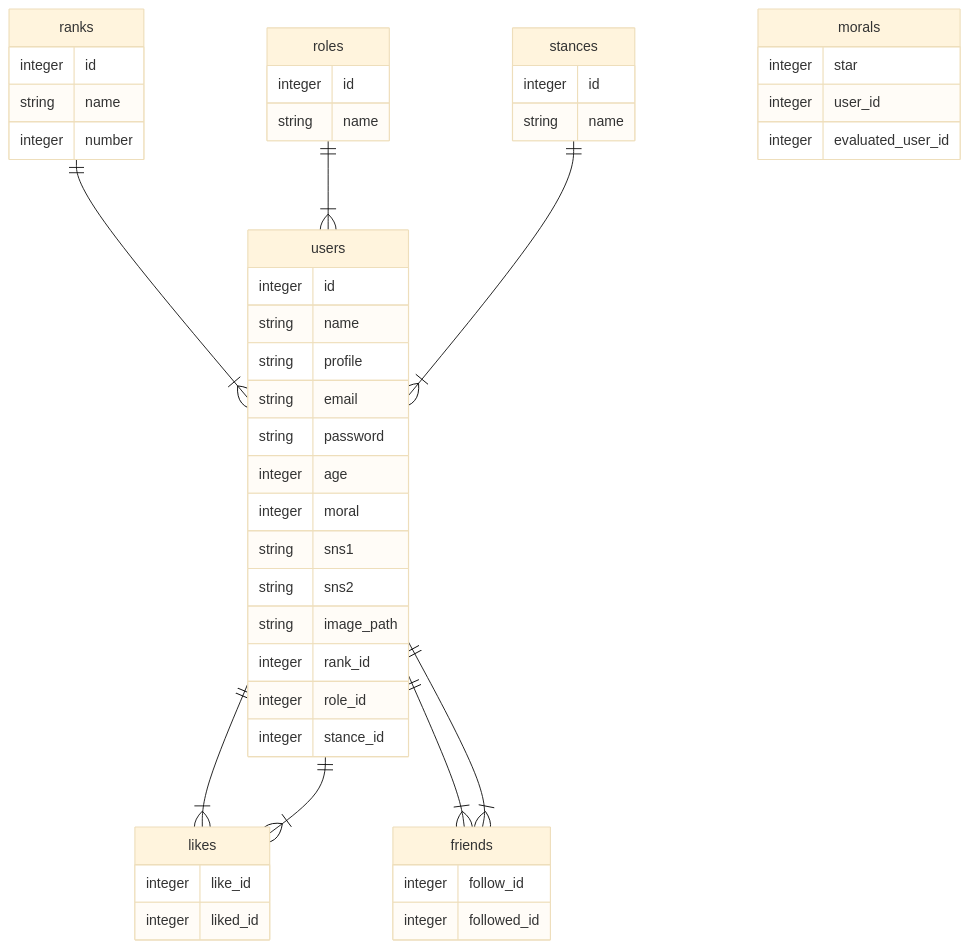
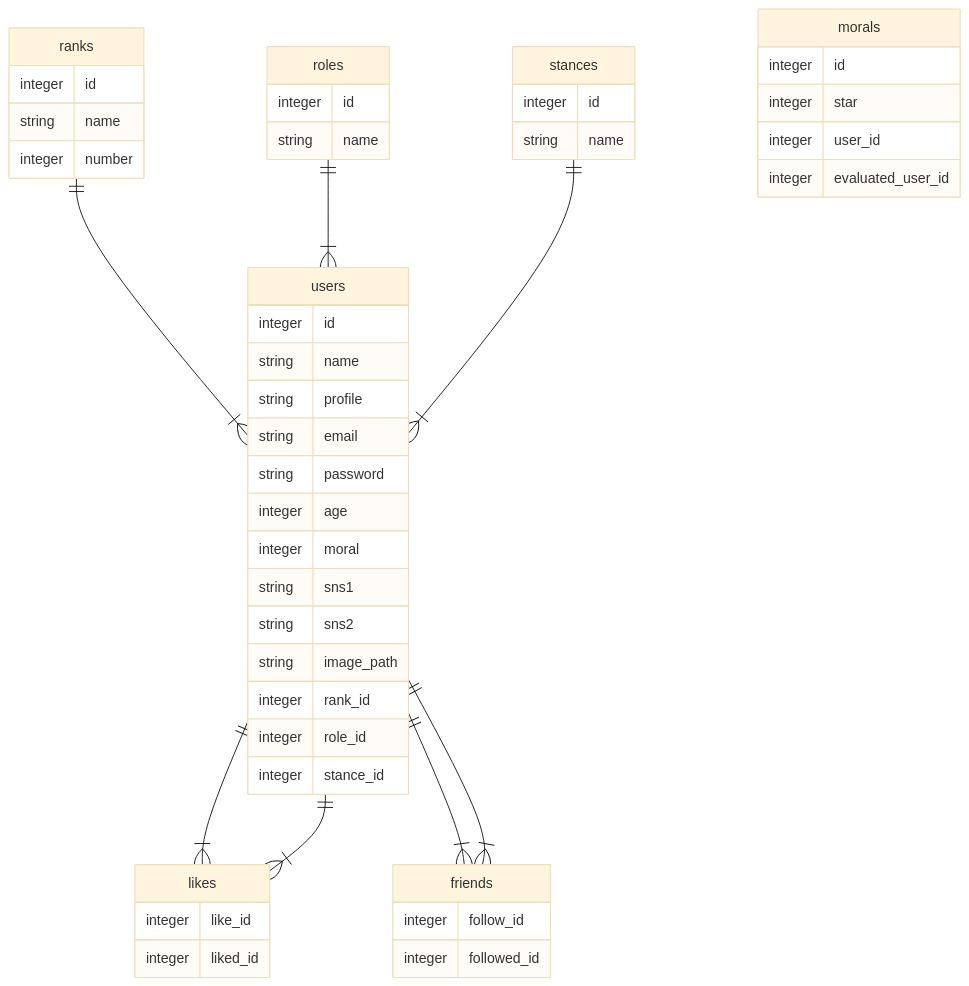
Before and after one commit to Yota310/valoboard: the diagram in README.md, drawn with Mermaid (base theme). The commit also changed other lines of this file, not shown here.

````diff
--- a/README.md
+++ b/README.md
@@ -68,61 +68,62 @@
 ```mermaid
 erDiagram
 
 ranks ||--|{ users: ""
 roles ||--|{ users: ""
 stances ||--|{ users: ""
 users ||--|{likes: ""
 users ||--|{likes: ""
 users ||--|{friends: ""
 users ||--|{friends: ""
 
   morals {
+    integer id
     integer star
     integer user_id
     integer evaluated_user_id
   }
   
   users {
     integer id
     string name
     string profile
     string email
     string password
     integer age
     integer moral
     string sns1
     string sns2
     string image_path
     integer rank_id
     integer role_id
     integer stance_id
   }
 
   ranks {
     integer id
     string name
     integer number
   }
 
   roles {
     integer id
     string name
   }
 
   stances {
     integer id
     string name
   }
 
   likes {
    integer like_id
    integer liked_id
   }
 
   friends {
    integer follow_id
    integer followed_id
   }
 
 
 ```
````
